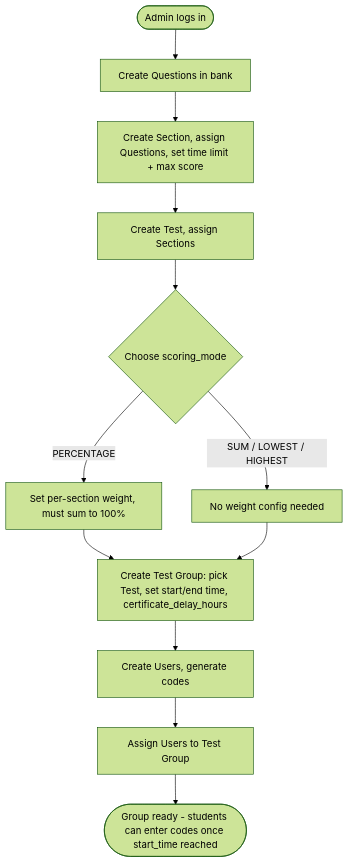
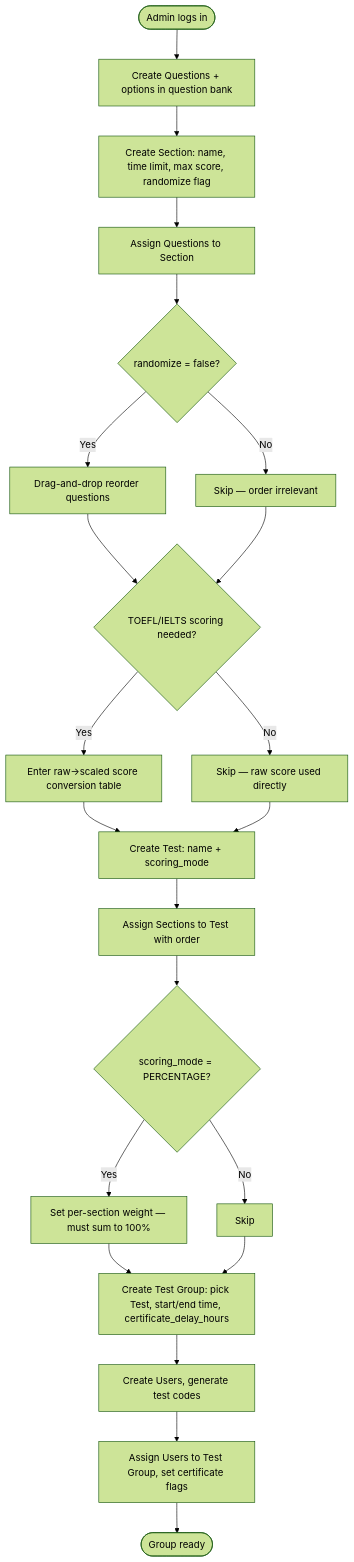
One commit to bawas07/test-platform changed the sixth of 6 diagrams in docs/flow.md. Above: the diagram before and after it, drawn with Mermaid (forest theme). The commit also changed other lines of this file, not shown here.

First line of the commit message:
Revise flow documentation for clarity and structure

````diff
--- a/docs/flow.md
+++ b/docs/flow.md
@@ -111,14 +134,24 @@
 ```mermaid
 flowchart TD
-    Login([Admin logs in]) --> CreateQ[Create Questions in bank]
-    CreateQ --> CreateSec[Create Section, assign Questions, set time limit + max score]
-    CreateSec --> CreateTest[Create Test, assign Sections]
-    CreateTest --> SetMode{Choose scoring_mode}
-    SetMode -->|PERCENTAGE| SetWeights[Set per-section weight, must sum to 100%]
-    SetMode -->|SUM / LOWEST / HIGHEST| SkipWeights[No weight config needed]
+    Login([Admin logs in]) --> CreateQ[Create Questions + options in question bank]
+    CreateQ --> CreateSec[Create Section: name, time limit, max score, randomize flag]
+    CreateSec --> AssignQ[Assign Questions to Section]
+    AssignQ --> ReorderQ{randomize = false?}
+    ReorderQ -->|Yes| Drag[Drag-and-drop reorder questions]
+    ReorderQ -->|No| Skip[Skip — order irrelevant]
+    Drag --> ScoreMap
+    Skip --> ScoreMap{TOEFL/IELTS scoring needed?}
+    ScoreMap -->|Yes| EnterMap[Enter raw→scaled score conversion table]
+    ScoreMap -->|No| SkipMap[Skip — raw score used directly]
+    EnterMap --> CreateTest
+    SkipMap --> CreateTest[Create Test: name + scoring_mode]
+    CreateTest --> AssignSec[Assign Sections to Test with order]
+    AssignSec --> WeightCheck{scoring_mode = PERCENTAGE?}
+    WeightCheck -->|Yes| SetWeights[Set per-section weight — must sum to 100%]
+    WeightCheck -->|No| SkipWeights[Skip]
     SetWeights --> CreateGroup
-    SkipWeights --> CreateGroup[Create Test Group: pick Test, set start/end time, certificate_delay_hours]
-    CreateGroup --> CreateUsers[Create Users, generate codes]
-    CreateUsers --> AssignUsers[Assign Users to Test Group]
-    AssignUsers --> Ready([Group ready - students can enter codes once start_time reached])
+    SkipWeights --> CreateGroup[Create Test Group: pick Test, start/end time, certificate_delay_hours]
+    CreateGroup --> CreateUsers[Create Users, generate test codes]
+    CreateUsers --> AssignUsers[Assign Users to Test Group, set certificate flags]
+    AssignUsers --> Ready([Group ready])
 ```
````
